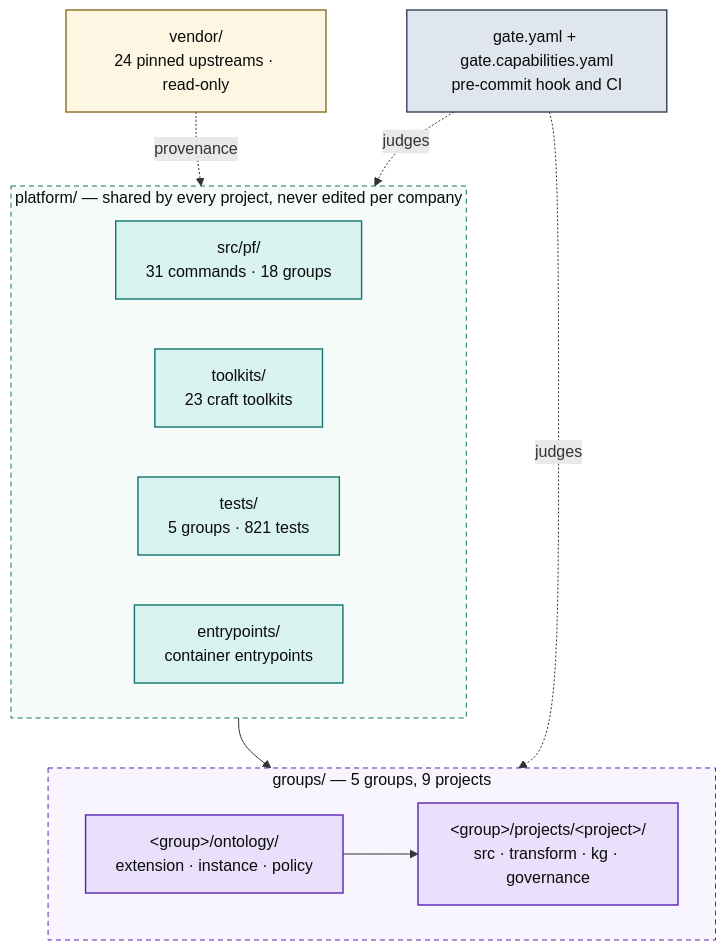
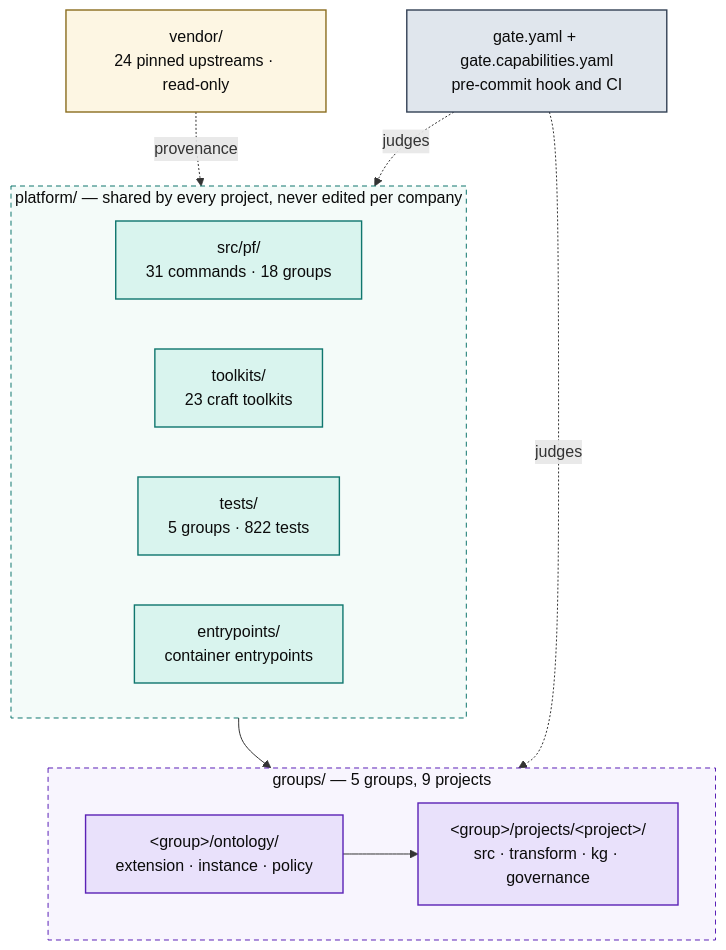
The first of 5 diagrams in docs/ARCHITECTURE.md (Atomz-org/data-platform), drawn with Mermaid before and after one commit. The commit also changed other lines of this file and 2 other files, not shown here.

Commit message:
Pin the rule the flag encodes, not the fallback it removed
`build_output` changed one documented behaviour: a `data/*.duckdb` file no
longer counts as a raw table when there is no graph to contradict it. The test
that covered the fallback now covers the rule — the same project renders the
same number with and without the local warehouse file — which is what the flag
is for and what the old assertion made impossible to state.

Its docstring already argued this side: "a `data/*.duckdb` file is not evidence
that anything was loaded into it". The assertion underneath it counted the file
anyway, whenever no graph was there to say otherwise.

The second test is the half that had none. Ignoring the disk must not cost the
row its count, or the fix would trade a map that differs by machine for one
that says nothing: the tables are in the graph either way, and only the printed
filename — which belongs to whoever built it — gives way to the declared
pattern, which belongs to the project.

````diff
--- a/docs/ARCHITECTURE.md
+++ b/docs/ARCHITECTURE.md
@@ -15,36 +15,36 @@
 ```mermaid
 flowchart TB
   subgraph SHARED["platform/ — shared by every project, never edited per company"]
     direction LR
     ENG["src/pf/<br/>31 commands · 18 groups"]
     TK["toolkits/<br/>23 craft toolkits"]
-    TST["tests/<br/>5 groups · 821 tests"]
+    TST["tests/<br/>5 groups · 822 tests"]
     ENT["entrypoints/<br/>container entrypoints"]
   end
 
   subgraph ENTITIES["groups/ — 5 groups, 9 projects"]
     direction LR
     GRP["&lt;group&gt;/ontology/<br/>extension · instance · policy"]
     PRJ["&lt;group&gt;/projects/&lt;project&gt;/<br/>src · transform · kg · governance"]
     GRP --> PRJ
   end
 
   VEN["vendor/<br/>24 pinned upstreams · read-only"]
   GATE["gate.yaml + gate.capabilities.yaml<br/>pre-commit hook and CI"]
 
   SHARED --> ENTITIES
   VEN -.provenance.-> SHARED
   GATE -.judges.-> ENTITIES
   GATE -.judges.-> SHARED
 
   classDef code fill:#d9f4ee,stroke:#0f766e,stroke-width:1.4px,color:#0b0b0b
   classDef data fill:#e9e1fb,stroke:#5b21b6,stroke-width:1.4px,color:#0b0b0b
   classDef gov fill:#e0e6ed,stroke:#334155,stroke-width:1.4px,color:#0b0b0b
   classDef ext fill:#fdf6e3,stroke:#8a6d1f,stroke-width:1.4px,color:#0b0b0b
   class ENG,TK,TST,ENT code
   class GRP,PRJ data
   class GATE gov
   class VEN ext
   style SHARED fill:#f4fbf9,stroke:#0f766e,stroke-dasharray:5 4,color:#0b0b0b
   style ENTITIES fill:#f8f5fe,stroke:#5b21b6,stroke-dasharray:5 4,color:#0b0b0b
 ```
````
